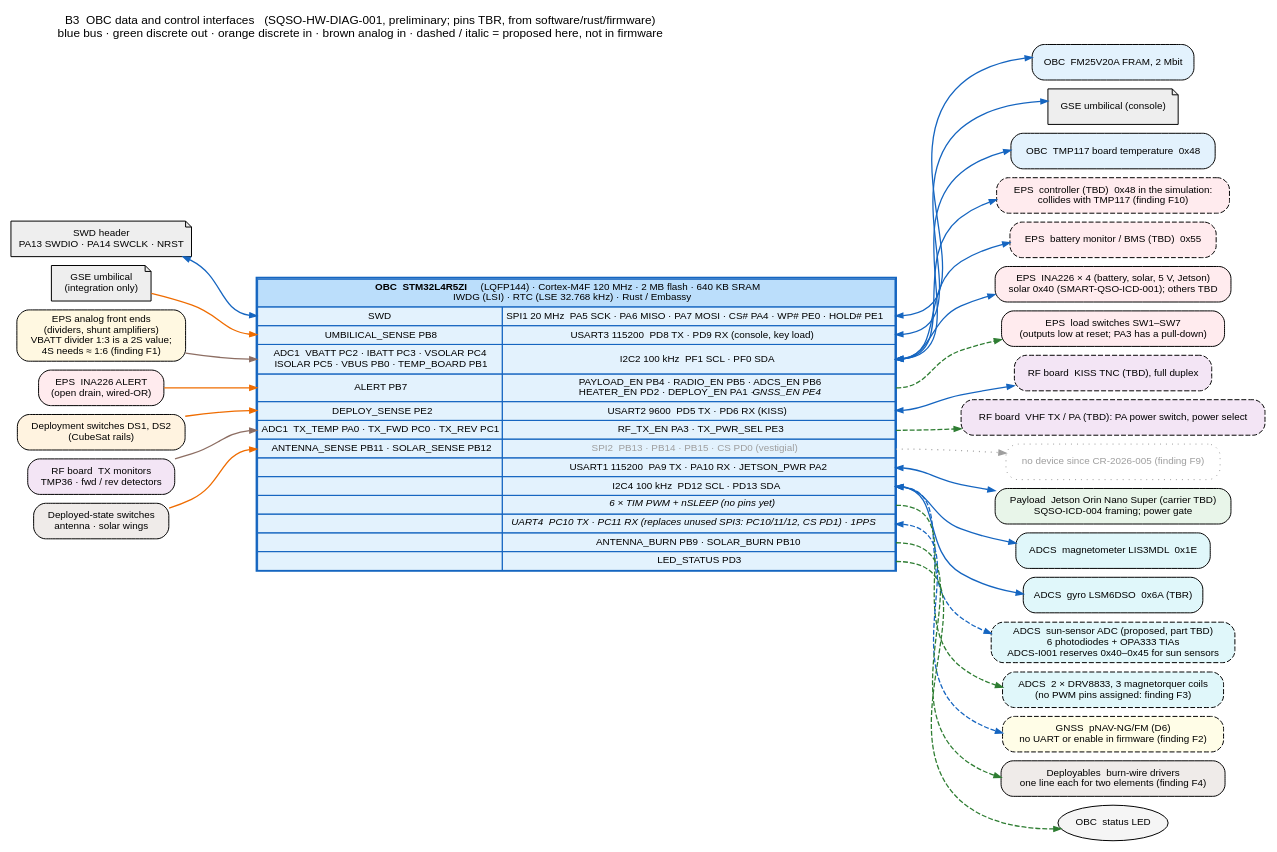
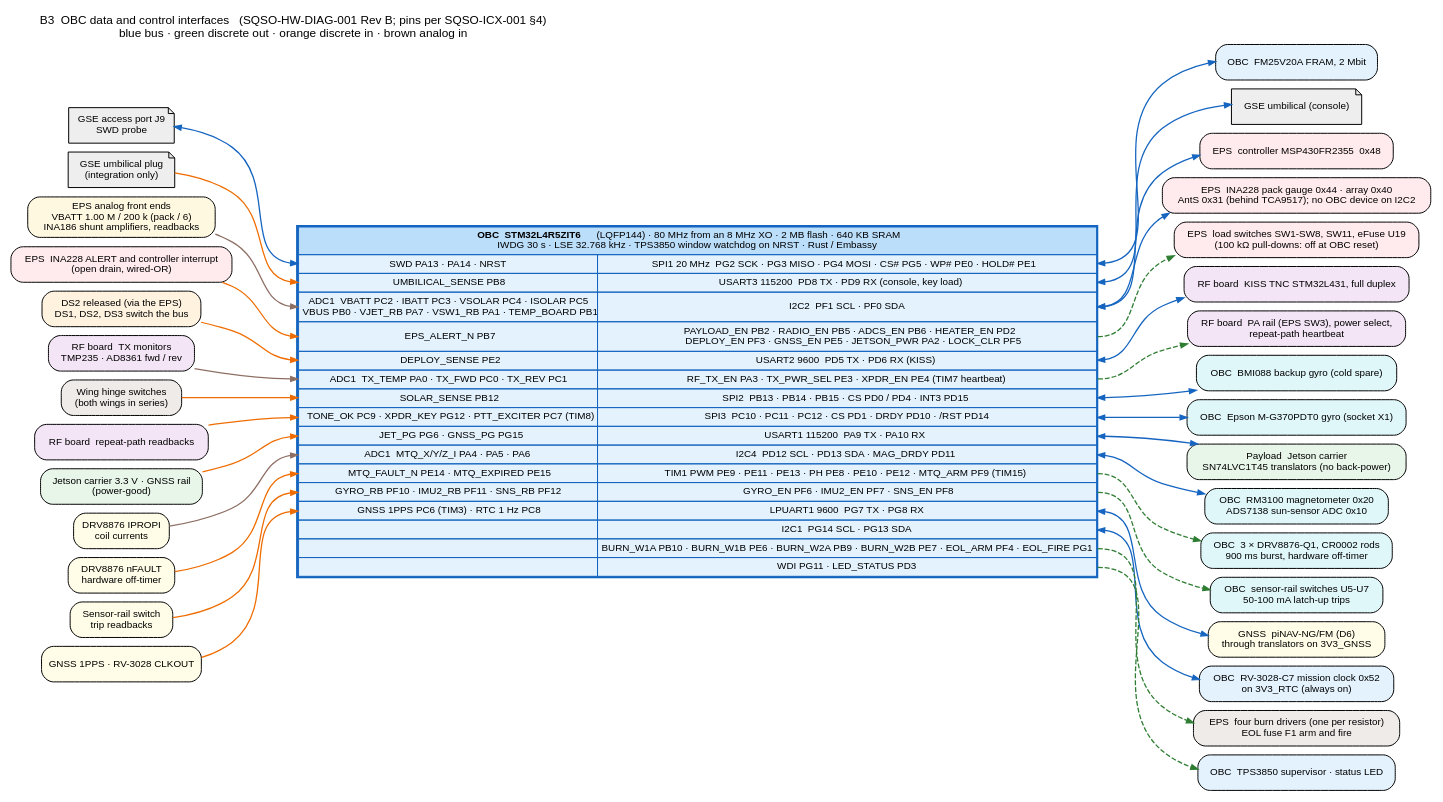
Before and after one commit to cheesejaguar/SMART-QSO: the diagram in hardware/diagrams/block/B3_data_control.dot, drawn with Graphviz. The commit also changed 83 other files, not shown here.

```diff
--- a/hardware/diagrams/block/B3_data_control.dot
+++ b/hardware/diagrams/block/B3_data_control.dot
@@ -1,85 +1,99 @@
 // SQSO-HW-DIAG-001 B3: data and control interfaces of the OBC.
-// Pins are those of software/rust/firmware/src (gpio.rs, main.rs, adc.rs, uart.rs, i2c.rs, spi.rs, fram.rs),
-// which are provisional (TBR). Dashed = proposed here, not in the firmware or any ICD.
+// Pins are the master allocation of hardware/electrical/INTERCONNECT.md (SQSO-ICX-001 §4), generated from the OBC
+// schematic (hardware/electrical/obc/design.py). Where the firmware (software/rust/firmware/src) still differs,
+// SQSO-ICX-001 §6 lists the change; the drawing follows SQSO-ICX-001.
 // Inputs to the MCU enter on the left, outputs and buses leave on the right.
 // Blue = bus, dashed green = discrete out, orange = discrete in, brown = analog in.
 digraph B3 {
   graph [rankdir=LR, fontname="Helvetica", fontsize=12, nodesep=0.12, ranksep=0.9,
-         label="B3  OBC data and control interfaces   (SQSO-HW-DIAG-001, preliminary; pins TBR, from software/rust/firmware)\nblue bus · green discrete out · orange discrete in · brown analog in · dashed / italic = proposed here, not in firmware",
+         label="B3  OBC data and control interfaces   (SQSO-HW-DIAG-001 Rev B; pins per SQSO-ICX-001 §4)\nblue bus · green discrete out · orange discrete in · brown analog in",
          labelloc=t, labeljust=l];
   node  [shape=box, style="rounded,filled", fillcolor="#f5f5f5", fontname="Helvetica", fontsize=10];
   edge  [arrowsize=0.7, penwidth=1.3];
 
   MCU [shape=plain, label=<
 <table border="2" cellborder="1" cellspacing="0" cellpadding="3" bgcolor="#e3f2fd" color="#1565c0">
- <tr><td colspan="2" bgcolor="#bbdefb"><b>OBC  STM32L4R5ZI</b> (LQFP144) · Cortex-M4F 120 MHz · 2 MB flash · 640 KB SRAM<br/>IWDG (LSI) · RTC (LSE 32.768 kHz) · Rust / Embassy</td></tr>
- <tr><td port="swd_i">SWD</td><td port="spi1">SPI1 20 MHz  PA5 SCK · PA6 MISO · PA7 MOSI · CS# PA4 · WP# PE0 · HOLD# PE1</td></tr>
+ <tr><td colspan="2" bgcolor="#bbdefb"><b>OBC  STM32L4R5ZIT6</b> (LQFP144) · 80 MHz from an 8 MHz XO · 2 MB flash · 640 KB SRAM<br/>IWDG 30 s · LSE 32.768 kHz · TPS3850 window watchdog on NRST · Rust / Embassy</td></tr>
+ <tr><td port="swd_i">SWD PA13 · PA14 · NRST</td><td port="spi1">SPI1 20 MHz  PG2 SCK · PG3 MISO · PG4 MOSI · CS# PG5 · WP# PE0 · HOLD# PE1</td></tr>
  <tr><td port="gse_i">UMBILICAL_SENSE PB8</td><td port="usart3">USART3 115200  PD8 TX · PD9 RX (console, key load)</td></tr>
- <tr><td port="afe_i">ADC1  VBATT PC2 · IBATT PC3 · VSOLAR PC4<br/>ISOLAR PC5 · VBUS PB0 · TEMP_BOARD PB1</td><td port="i2c2">I2C2 100 kHz  PF1 SCL · PF0 SDA</td></tr>
- <tr><td port="alert_i">ALERT PB7</td><td port="en">PAYLOAD_EN PB4 · RADIO_EN PB5 · ADCS_EN PB6<br/>HEATER_EN PD2 · DEPLOY_EN PA1 · <i>GNSS_EN PE4</i></td></tr>
+ <tr><td port="afe_i">ADC1  VBATT PC2 · IBATT PC3 · VSOLAR PC4 · ISOLAR PC5<br/>VBUS PB0 · VJET_RB PA7 · VSW1_RB PA1 · TEMP_BOARD PB1</td><td port="i2c2">I2C2  PF1 SCL · PF0 SDA</td></tr>
+ <tr><td port="alert_i">EPS_ALERT_N PB7</td><td port="en">PAYLOAD_EN PB2 · RADIO_EN PB5 · ADCS_EN PB6 · HEATER_EN PD2<br/>DEPLOY_EN PF3 · GNSS_EN PE5 · JETSON_PWR PA2 · LOCK_CLR PF5</td></tr>
  <tr><td port="dep_i">DEPLOY_SENSE PE2</td><td port="usart2">USART2 9600  PD5 TX · PD6 RX (KISS)</td></tr>
- <tr><td port="txm_i">ADC1  TX_TEMP PA0 · TX_FWD PC0 · TX_REV PC1</td><td port="txctl">RF_TX_EN PA3 · TX_PWR_SEL PE3</td></tr>
- <tr><td port="dsns_i">ANTENNA_SENSE PB11 · SOLAR_SENSE PB12</td><td port="spi2"><font color="#9e9e9e">SPI2  PB13 · PB14 · PB15 · CS PD0 (vestigial)</font></td></tr>
- <tr><td> </td><td port="usart1">USART1 115200  PA9 TX · PA10 RX · JETSON_PWR PA2</td></tr>
- <tr><td> </td><td port="i2c4">I2C4 100 kHz  PD12 SCL · PD13 SDA</td></tr>
- <tr><td> </td><td port="pwm"><i>6 × TIM PWM + nSLEEP (no pins yet)</i></td></tr>
- <tr><td> </td><td port="uart4"><i>UART4  PC10 TX · PC11 RX (replaces unused SPI3: PC10/11/12, CS PD1) · 1PPS</i></td></tr>
- <tr><td> </td><td port="burn">ANTENNA_BURN PB9 · SOLAR_BURN PB10</td></tr>
- <tr><td> </td><td port="led">LED_STATUS PD3</td></tr>
+ <tr><td port="txm_i">ADC1  TX_TEMP PA0 · TX_FWD PC0 · TX_REV PC1</td><td port="txctl">RF_TX_EN PA3 · TX_PWR_SEL PE3 · XPDR_EN PE4 (TIM7 heartbeat)</td></tr>
+ <tr><td port="dsns_i">SOLAR_SENSE PB12</td><td port="spi2">SPI2  PB13 · PB14 · PB15 · CS PD0 / PD4 · INT3 PD15</td></tr>
+ <tr><td port="rfrb_i">TONE_OK PC9 · XPDR_KEY PG12 · PTT_EXCITER PC7 (TIM8)</td><td port="spi3">SPI3  PC10 · PC11 · PC12 · CS PD1 · DRDY PD10 · /RST PD14</td></tr>
+ <tr><td port="jpg_i">JET_PG PG6 · GNSS_PG PG15</td><td port="usart1">USART1 115200  PA9 TX · PA10 RX</td></tr>
+ <tr><td port="mtqi_i">ADC1  MTQ_X/Y/Z_I PA4 · PA5 · PA6</td><td port="i2c4">I2C4  PD12 SCL · PD13 SDA · MAG_DRDY PD11</td></tr>
+ <tr><td port="mtqf_i">MTQ_FAULT_N PE14 · MTQ_EXPIRED PE15</td><td port="pwm">TIM1 PWM PE9 · PE11 · PE13 · PH PE8 · PE10 · PE12 · MTQ_ARM PF9 (TIM15)</td></tr>
+ <tr><td port="snsrb_i">GYRO_RB PF10 · IMU2_RB PF11 · SNS_RB PF12</td><td port="sns">GYRO_EN PF6 · IMU2_EN PF7 · SNS_EN PF8</td></tr>
+ <tr><td port="pps_i">GNSS 1PPS PC6 (TIM3) · RTC 1 Hz PC8</td><td port="lpuart">LPUART1 9600  PG7 TX · PG8 RX</td></tr>
+ <tr><td> </td><td port="i2c1">I2C1  PG14 SCL · PG13 SDA</td></tr>
+ <tr><td> </td><td port="burn">BURN_W1A PB10 · BURN_W1B PE6 · BURN_W2A PB9 · BURN_W2B PE7 · EOL_ARM PF4 · EOL_FIRE PG1</td></tr>
+ <tr><td> </td><td port="wdi">WDI PG11 · LED_STATUS PD3</td></tr>
 </table>>];
 
   // ---- inputs (left)
-  SWD   [label="SWD header\nPA13 SWDIO · PA14 SWCLK · NRST", shape=note, fillcolor="#eeeeee"];
-  GSE   [label="GSE umbilical\n(integration only)", shape=note, fillcolor="#eeeeee"];
-  AFE   [label="EPS analog front ends\n(dividers, shunt amplifiers)\nVBATT divider 1:3 is a 2S value;\n4S needs ≈ 1:6 (finding F1)", fillcolor="#fff8e1"];
-  INAA  [label="EPS  INA226 ALERT\n(open drain, wired-OR)", fillcolor="#ffebee"];
-  DSW   [label="Deployment switches DS1, DS2\n(CubeSat rails)", fillcolor="#fff3e0"];
-  TXM   [label="RF board  TX monitors\nTMP36 · fwd / rev detectors", fillcolor="#f3e5f5"];
-  DSNS  [label="Deployed-state switches\nantenna · solar wings", fillcolor="#efebe9"];
-  SWD  -> MCU:swd_i   [color="#1565c0", dir=both];
-  GSE  -> MCU:gse_i   [color="#ef6c00"];
-  AFE  -> MCU:afe_i   [color="#8d6e63"];
-  INAA -> MCU:alert_i [color="#ef6c00"];
-  DSW  -> MCU:dep_i   [color="#ef6c00"];
-  TXM  -> MCU:txm_i   [color="#8d6e63"];
-  DSNS -> MCU:dsns_i  [color="#ef6c00"];
+  SWD   [label="GSE access port J9\nSWD probe", shape=note, fillcolor="#eeeeee"];
+  GSE   [label="GSE umbilical plug\n(integration only)", shape=note, fillcolor="#eeeeee"];
+  AFE   [label="EPS analog front ends\nVBATT 1.00 M / 200 k (pack / 6)\nINA186 shunt amplifiers, readbacks", fillcolor="#fff8e1"];
+  INAA  [label="EPS  INA228 ALERT and controller interrupt\n(open drain, wired-OR)", fillcolor="#ffebee"];
+  DSW   [label="DS2 released (via the EPS)\nDS1, DS2, DS3 switch the bus", fillcolor="#fff3e0"];
+  TXM   [label="RF board  TX monitors\nTMP235 · AD8361 fwd / rev", fillcolor="#f3e5f5"];
+  RFRB  [label="RF board  repeat-path readbacks", fillcolor="#f3e5f5"];
+  DSNS  [label="Wing hinge switches\n(both wings in series)", fillcolor="#efebe9"];
+  JPG   [label="Jetson carrier 3.3 V · GNSS rail\n(power-good)", fillcolor="#e8f5e9"];
+  MTQI  [label="DRV8876 IPROPI\ncoil currents", fillcolor="#fffde7"];
+  MTQF  [label="DRV8876 nFAULT\nhardware off-timer", fillcolor="#fffde7"];
+  SNSRB [label="Sensor-rail switch\ntrip readbacks", fillcolor="#fffde7"];
+  PPS   [label="GNSS 1PPS · RV-3028 CLKOUT", fillcolor="#fffde7"];
+  SWD   -> MCU:swd_i   [color="#1565c0", dir=both];
+  GSE   -> MCU:gse_i   [color="#ef6c00"];
+  AFE   -> MCU:afe_i   [color="#8d6e63"];
+  INAA  -> MCU:alert_i [color="#ef6c00"];
+  DSW   -> MCU:dep_i   [color="#ef6c00"];
+  TXM   -> MCU:txm_i   [color="#8d6e63"];
+  RFRB  -> MCU:rfrb_i  [color="#ef6c00"];
+  DSNS  -> MCU:dsns_i  [color="#ef6c00"];
+  JPG   -> MCU:jpg_i   [color="#ef6c00"];
+  MTQI  -> MCU:mtqi_i  [color="#8d6e63"];
+  MTQF  -> MCU:mtqf_i  [color="#ef6c00"];
+  SNSRB -> MCU:snsrb_i [color="#ef6c00"];
+  PPS   -> MCU:pps_i   [color="#ef6c00"];
 
   // ---- outputs and buses (right)
   FRAM  [label="OBC  FM25V20A FRAM, 2 Mbit", fillcolor="#e3f2fd"];
   GSE2  [label="GSE umbilical (console)", shape=note, fillcolor="#eeeeee"];
-  TMP   [label="OBC  TMP117 board temperature  0x48", fillcolor="#e3f2fd"];
-  EPSC  [label="EPS  controller (TBD)  0x48 in the simulation:\ncollides with TMP117 (finding F10)", style="rounded,dashed,filled", fillcolor="#ffebee"];
-  BMON  [label="EPS  battery monitor / BMS (TBD)  0x55", style="rounded,dashed,filled", fillcolor="#ffebee"];
-  INA   [label="EPS  INA226 × 4 (battery, solar, 5 V, Jetson)\nsolar 0x40 (SMART-QSO-ICD-001); others TBD", fillcolor="#ffebee"];
-  LSW   [label="EPS  load switches SW1–SW7\n(outputs low at reset; PA3 has a pull-down)", fillcolor="#ffebee"];
-  TNC   [label="RF board  KISS TNC (TBD), full duplex", style="rounded,dashed,filled", fillcolor="#f3e5f5"];
-  TXC   [label="RF board  VHF TX / PA (TBD): PA power switch, power select", style="rounded,dashed,filled", fillcolor="#f3e5f5"];
-  XCVR  [label="no device since CR-2026-005 (finding F9)", style="rounded,dotted", fontcolor="#9e9e9e", color="#9e9e9e"];
-  JET   [label="Payload  Jetson Orin Nano Super (carrier TBD)\nSQSO-ICD-004 framing; power gate", fillcolor="#e8f5e9"];
-  MAG   [label="ADCS  magnetometer LIS3MDL  0x1E", fillcolor="#e0f7fa"];
-  GYR   [label="ADCS  gyro LSM6DSO  0x6A (TBR)", fillcolor="#e0f7fa"];
-  SSA   [label="ADCS  sun-sensor ADC (proposed, part TBD)\n6 photodiodes + OPA333 TIAs\nADCS-I001 reserves 0x40–0x45 for sun sensors", style="rounded,dashed,filled", fillcolor="#e0f7fa"];
-  MTQ   [label="ADCS  2 × DRV8833, 3 magnetorquer coils\n(no PWM pins assigned: finding F3)", style="rounded,dashed,filled", fillcolor="#e0f7fa"];
-  GNSS  [label="GNSS  pNAV-NG/FM (D6)\nno UART or enable in firmware (finding F2)", style="rounded,dashed,filled", fillcolor="#fffde7"];
-  BURN  [label="Deployables  burn-wire drivers\none line each for two elements (finding F4)", fillcolor="#efebe9"];
-  LED   [label="OBC  status LED", shape=ellipse];
+  EPSC  [label="EPS  controller MSP430FR2355  0x48", fillcolor="#ffebee"];
+  INA   [label="EPS  INA228 pack gauge 0x44 · array 0x40\nAntS 0x31 (behind TCA9517); no OBC device on I2C2", fillcolor="#ffebee"];
+  LSW   [label="EPS  load switches SW1-SW8, SW11, eFuse U19\n(100 kΩ pull-downs: off at OBC reset)", fillcolor="#ffebee"];
+  TNC   [label="RF board  KISS TNC STM32L431, full duplex", fillcolor="#f3e5f5"];
+  TXC   [label="RF board  PA rail (EPS SW3), power select,\nrepeat-path heartbeat", fillcolor="#f3e5f5"];
+  IMU2  [label="OBC  BMI088 backup gyro (cold spare)", fillcolor="#e0f7fa"];
+  GYR   [label="OBC  Epson M-G370PDT0 gyro (socket X1)", fillcolor="#e0f7fa"];
+  JET   [label="Payload  Jetson carrier\nSN74LVC1T45 translators (no back-power)", fillcolor="#e8f5e9"];
+  MAG   [label="OBC  RM3100 magnetometer 0x20\nADS7138 sun-sensor ADC 0x10", fillcolor="#e0f7fa"];
+  MTQ   [label="OBC  3 × DRV8876-Q1, CR0002 rods\n900 ms burst, hardware off-timer", fillcolor="#e0f7fa"];
+  SNS   [label="OBC  sensor-rail switches U5-U7\n50-100 mA latch-up trips", fillcolor="#e0f7fa"];
+  GNSS  [label="GNSS  piNAV-NG/FM (D6)\nthrough translators on 3V3_GNSS", fillcolor="#fffde7"];
+  RTC   [label="OBC  RV-3028-C7 mission clock 0x52\non 3V3_RTC (always on)", fillcolor="#e3f2fd"];
+  BURN  [label="EPS  four burn drivers (one per resistor)\nEOL fuse F1 arm and fire", fillcolor="#efebe9"];
+  WDI   [label="OBC  TPS3850 supervisor · status LED", fillcolor="#e3f2fd"];
 
   MCU:spi1   -> FRAM [color="#1565c0", dir=both];
   MCU:usart3 -> GSE2 [color="#1565c0", dir=both];
-  MCU:i2c2   -> TMP  [color="#1565c0", dir=both];
   MCU:i2c2   -> EPSC [color="#1565c0", dir=both];
-  MCU:i2c2   -> BMON [color="#1565c0", dir=both];
   MCU:i2c2   -> INA  [color="#1565c0", dir=both];
   MCU:en     -> LSW  [color="#2e7d32", style=dashed];
   MCU:usart2 -> TNC  [color="#1565c0", dir=both];
   MCU:txctl  -> TXC  [color="#2e7d32", style=dashed];
-  MCU:spi2   -> XCVR [color="#9e9e9e", style=dotted];
+  MCU:spi2   -> IMU2 [color="#1565c0", dir=both];
+  MCU:spi3   -> GYR  [color="#1565c0", dir=both];
   MCU:usart1 -> JET  [color="#1565c0", dir=both];
   MCU:i2c4   -> MAG  [color="#1565c0", dir=both];
-  MCU:i2c4   -> GYR  [color="#1565c0", dir=both];
-  MCU:i2c4   -> SSA  [color="#1565c0", dir=both, style=dashed];
   MCU:pwm    -> MTQ  [color="#2e7d32", style=dashed];
-  MCU:uart4  -> GNSS [color="#1565c0", dir=both, style=dashed];
+  MCU:sns    -> SNS  [color="#2e7d32", style=dashed];
+  MCU:lpuart -> GNSS [color="#1565c0", dir=both];
+  MCU:i2c1   -> RTC  [color="#1565c0", dir=both];
   MCU:burn   -> BURN [color="#2e7d32", style=dashed];
-  MCU:led    -> LED  [color="#2e7d32", style=dashed];
+  MCU:wdi    -> WDI  [color="#2e7d32", style=dashed];
 }
```
